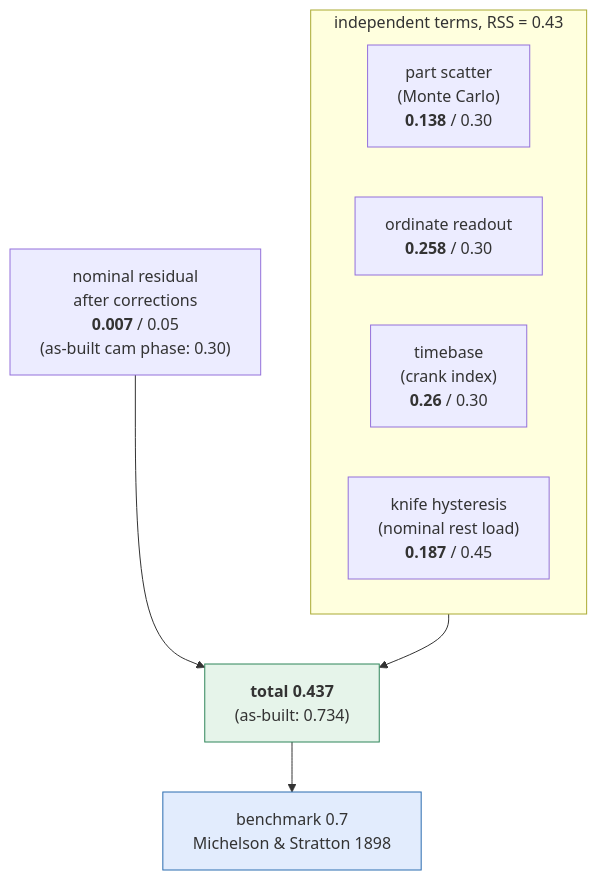
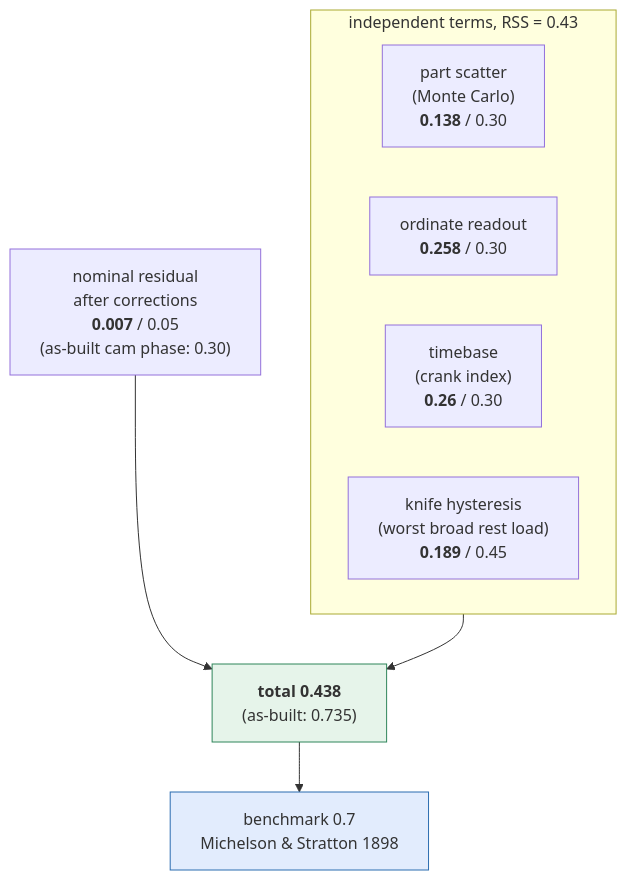
Before and after one commit to pedropaulovc/harmonic-analyzer: the third of 4 diagrams in cad/docs/tolerance-policy.md, drawn with Mermaid. The commit also changed other lines of this file and 4 other files, not shown here.

````diff
--- a/cad/docs/tolerance-policy.md
+++ b/cad/docs/tolerance-policy.md
@@ -312,16 +312,16 @@
 ```mermaid
 flowchart TB
     subgraph rss["independent terms, RSS = 0.43"]
         direction LR
         s["part scatter<br/>(Monte Carlo)<br/><b>0.138</b> / 0.30"]
         r["ordinate readout<br/><b>0.258</b> / 0.30"]
         t["timebase<br/>(crank index)<br/><b>0.26</b> / 0.30"]
-        k["knife hysteresis<br/>(nominal rest load)<br/><b>0.187</b> / 0.45"]
+        k["knife hysteresis<br/>(worst broad rest load)<br/><b>0.189</b> / 0.45"]
     end
     n["nominal residual<br/>after corrections<br/><b>0.007</b> / 0.05<br/>(as-built cam phase: 0.30)"]
-    rss --> total["<b>total 0.437</b><br/>(as-built: 0.734)"]
+    rss --> total["<b>total 0.438</b><br/>(as-built: 0.735)"]
     n --> total
     total --> bench["benchmark 0.7<br/>Michelson & Stratton 1898"]
     style total fill:#e6f4ea,stroke:#2f855a
     style bench fill:#e2ecfd,stroke:#2b6cb0
 ```
````
